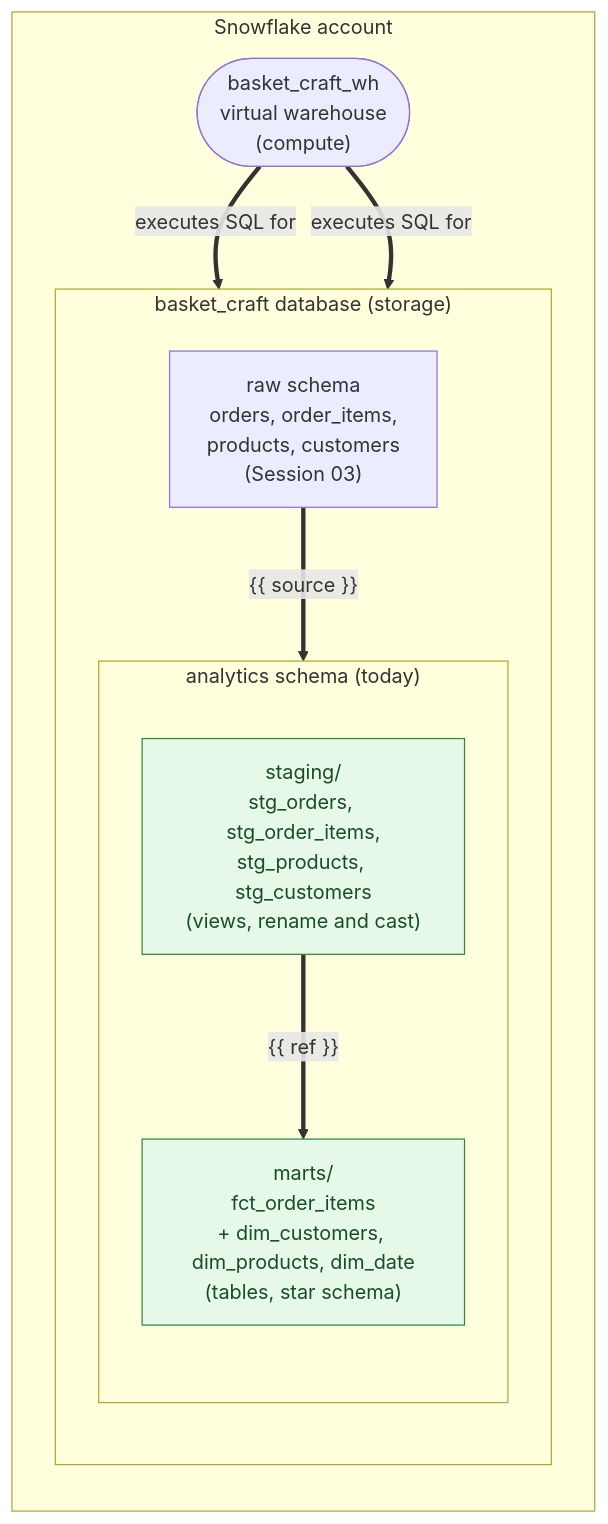
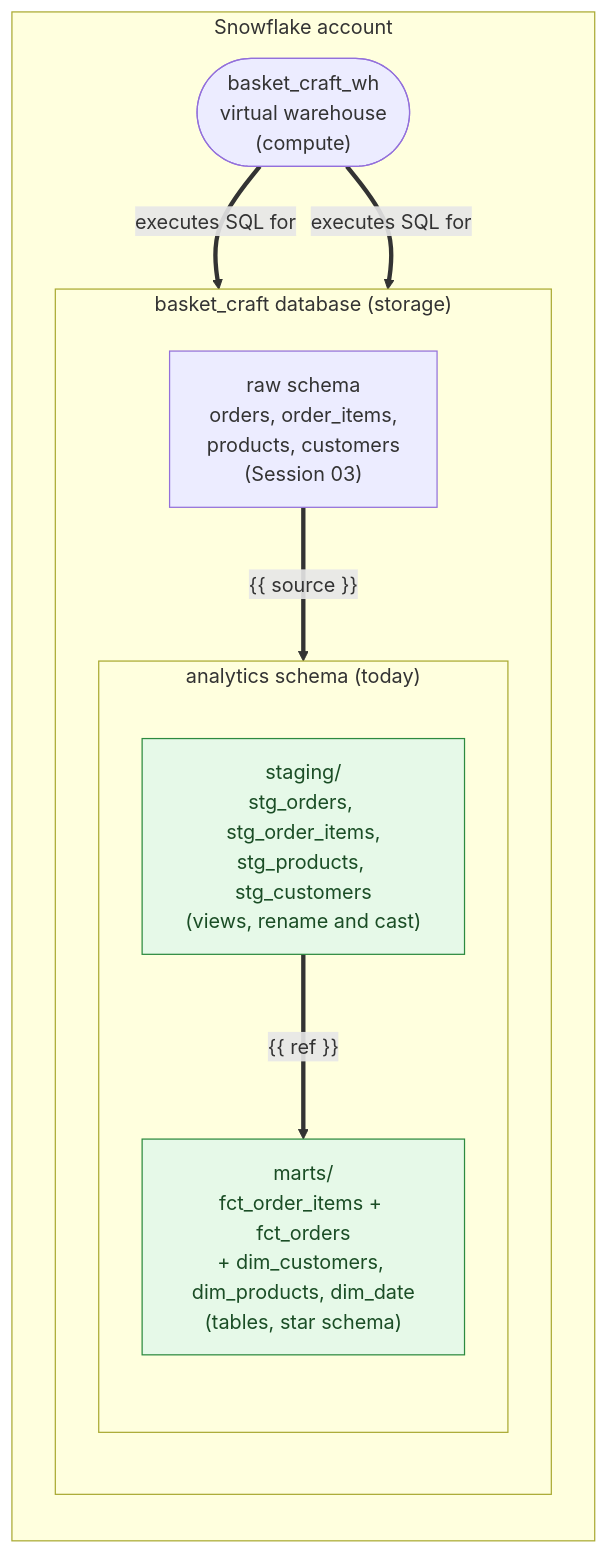
Before and after one commit to LMU-ISBA/isba-4715-f26: the fourth of 5 diagrams in lessons/07-cloud-pipeline/mp02-tutorial.md, drawn with Mermaid. The commit also changed other lines of this file and 2 other files, not shown here.

````diff
--- a/lessons/07-cloud-pipeline/mp02-tutorial.md
+++ b/lessons/07-cloud-pipeline/mp02-tutorial.md
@@ -1122,23 +1122,23 @@
 ```mermaid
 flowchart LR
     subgraph ACCT["Snowflake account"]
         direction TB
         WH(["basket_craft_wh<br/>virtual warehouse<br/>(compute)"])
         subgraph DB["basket_craft database (storage)"]
             direction TB
             RAW["raw schema<br/>orders, order_items,<br/>products, customers<br/>(Session 03)"]
             subgraph ANALYTICS["analytics schema (today)"]
                 direction TB
                 STG["staging/<br/>stg_orders, stg_order_items,<br/>stg_products, stg_customers<br/>(views, rename and cast)"]
-                MART["marts/<br/>fct_order_items<br/>+ dim_customers, dim_products, dim_date<br/>(tables, star schema)"]
+                MART["marts/<br/>fct_order_items + fct_orders<br/>+ dim_customers, dim_products, dim_date<br/>(tables, star schema)"]
                 STG ==>|"{{ ref }}"| MART
             end
             RAW ==>|"{{ source }}"| STG
         end
         WH ==>|executes SQL for| RAW
         WH ==>|executes SQL for| ANALYTICS
     end
 
     classDef today fill:#e6f9e8,stroke:#2c8a3f,color:#1a4d25
     class STG,MART today
 ```
````
